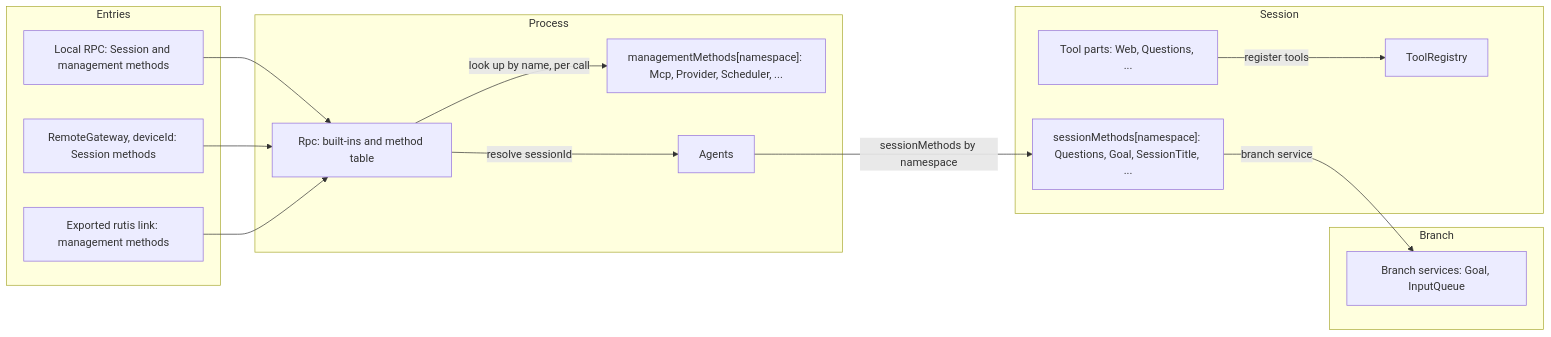
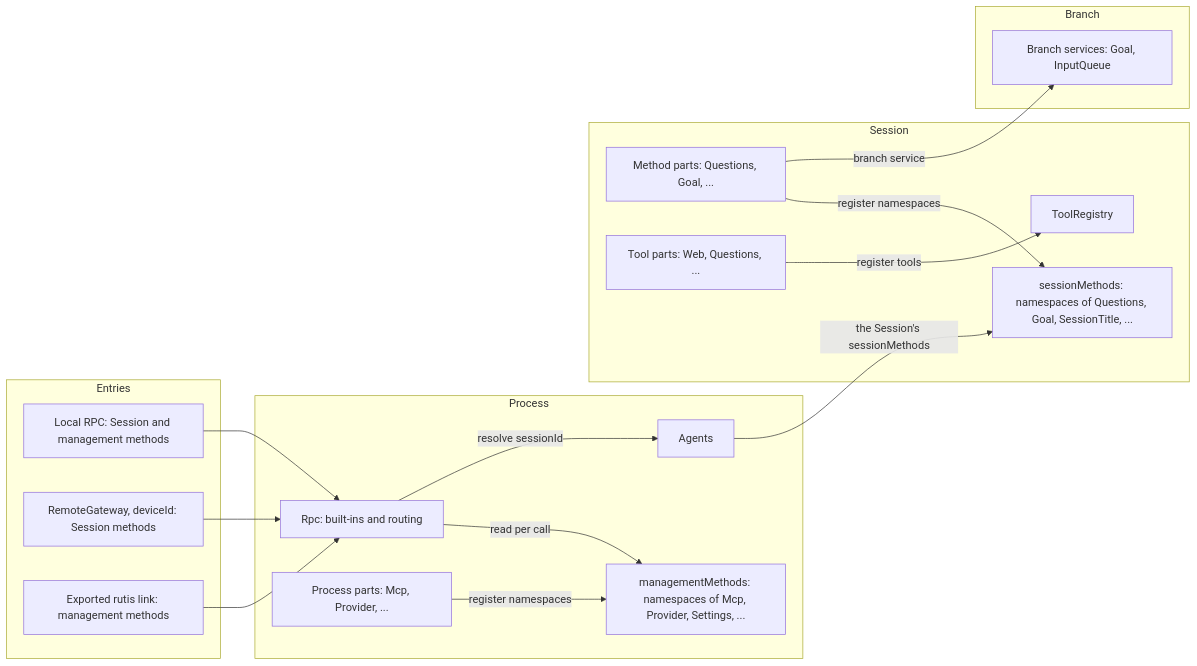
One commit to CoutinhoTTS/dim-agent changed the first of 3 diagrams in docs/design/contracts/session-boundary.md. Above: the diagram before and after it, drawn with Mermaid. The commit also changed other lines of this file and 163 other files, not shown here.

````diff
--- a/docs/design/contracts/session-boundary.md
+++ b/docs/design/contracts/session-boundary.md
@@ -21,29 +21,33 @@
 ```mermaid
 flowchart LR
   subgraph ENT["Entries"]
     Local["Local RPC: Session and management methods"]
     Remote["RemoteGateway, deviceId: Session methods"]
     Link["Exported rutis link: management methods"]
   end
   subgraph PROC["Process"]
-    Rpc["Rpc: built-ins and method table"]
-    MM["managementMethods[namespace]: Mcp, Provider, Scheduler, ..."]
+    Rpc["Rpc: built-ins and routing"]
+    MM["managementMethods: namespaces of Mcp, Provider, Settings, ..."]
+    PP["Process parts: Mcp, Provider, ..."]
     AI["Agents"]
   end
   subgraph SES["Session"]
-    SM["sessionMethods[namespace]: Questions, Goal, SessionTitle, ..."]
+    SM["sessionMethods: namespaces of Questions, Goal, SessionTitle, ..."]
+    MP["Method parts: Questions, Goal, ..."]
     TR["ToolRegistry"]
     TC2["Tool parts: Web, Questions, ..."]
   end
   subgraph BR["Branch"]
     BS["Branch services: Goal, InputQueue"]
   end
   Local --> Rpc
   Remote --> Rpc
   Link --> Rpc
-  Rpc -->|"look up by name, per call"| MM
+  PP -->|"register namespaces"| MM
+  MP -->|"register namespaces"| SM
+  Rpc -->|"read per call"| MM
   Rpc -->|"resolve sessionId"| AI
-  AI -->|"sessionMethods by namespace"| SM
-  SM -->|"branch service"| BS
+  AI -->|"the Session's sessionMethods"| SM
+  MP -->|"branch service"| BS
   TC2 -->|"register tools"| TR
 ```
````
